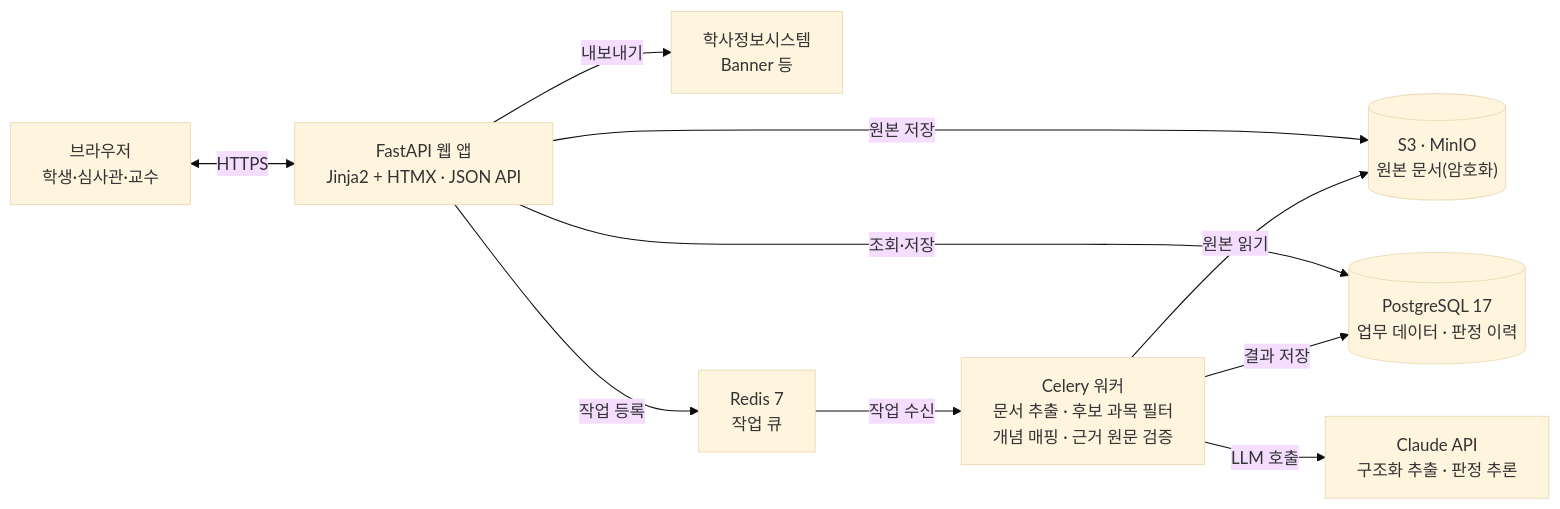
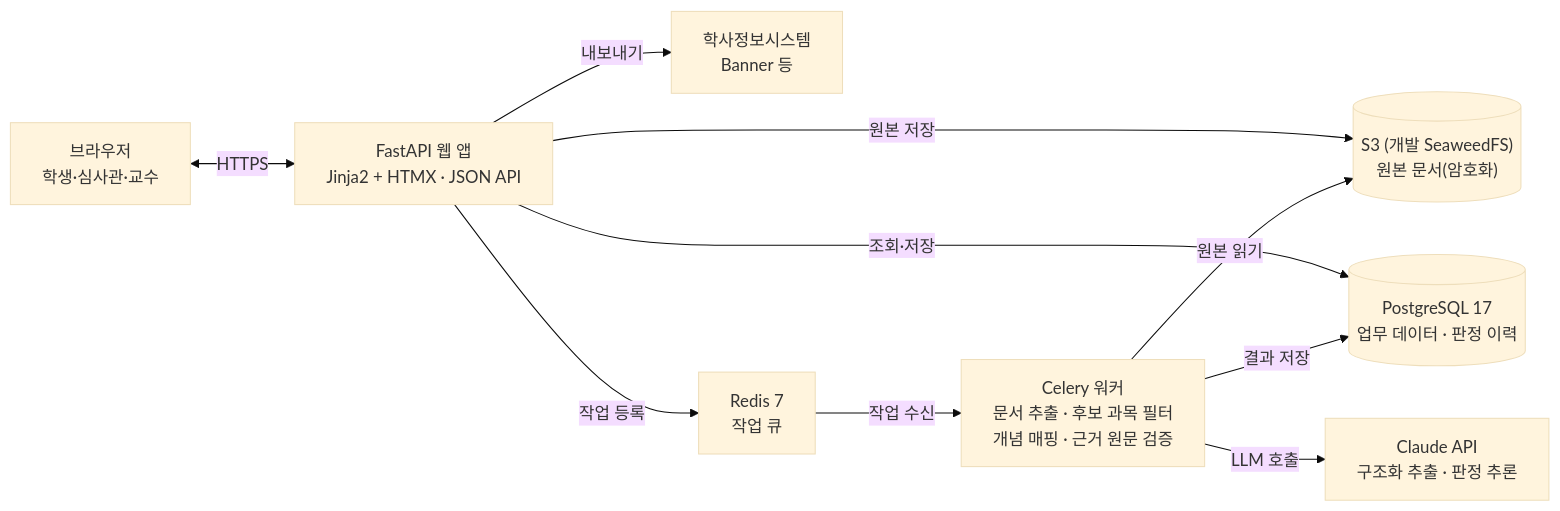
One commit to Hyeonwoo01/CreditBridge_AI changed the diagram in docs/spec.md. Above: the diagram before and after it, drawn with Mermaid (base theme). The commit also changed other lines of this file and 6 other files, not shown here.

First line of the commit message:
docker compose 파일 저장소를 MinIO에서 SeaweedFS(S3 호환)로 교체

````diff
--- a/docs/spec.md
+++ b/docs/spec.md
@@ -429,12 +429,12 @@
 ```mermaid
 flowchart LR
   B["브라우저<br/>학생·심사관·교수"] <-->|HTTPS| W["FastAPI 웹 앱<br/>Jinja2 + HTMX · JSON API"]
   W -->|내보내기| SIS["학사정보시스템<br/>Banner 등"]
-  W -->|원본 저장| S3[("S3 · MinIO<br/>원본 문서(암호화)")]
+  W -->|원본 저장| S3[("S3 (개발 SeaweedFS)<br/>원본 문서(암호화)")]
   W -->|조회·저장| DB[("PostgreSQL 17<br/>업무 데이터 · 판정 이력")]
   W -->|작업 등록| R["Redis 7<br/>작업 큐"]
   R -->|작업 수신| C["Celery 워커<br/>문서 추출 · 후보 과목 필터<br/>개념 매핑 · 근거 원문 검증"]
   C -->|원본 읽기| S3
   C -->|LLM 호출| AI["Claude API<br/>구조화 추출 · 판정 추론"]
   C -->|결과 저장| DB
 ```
````
